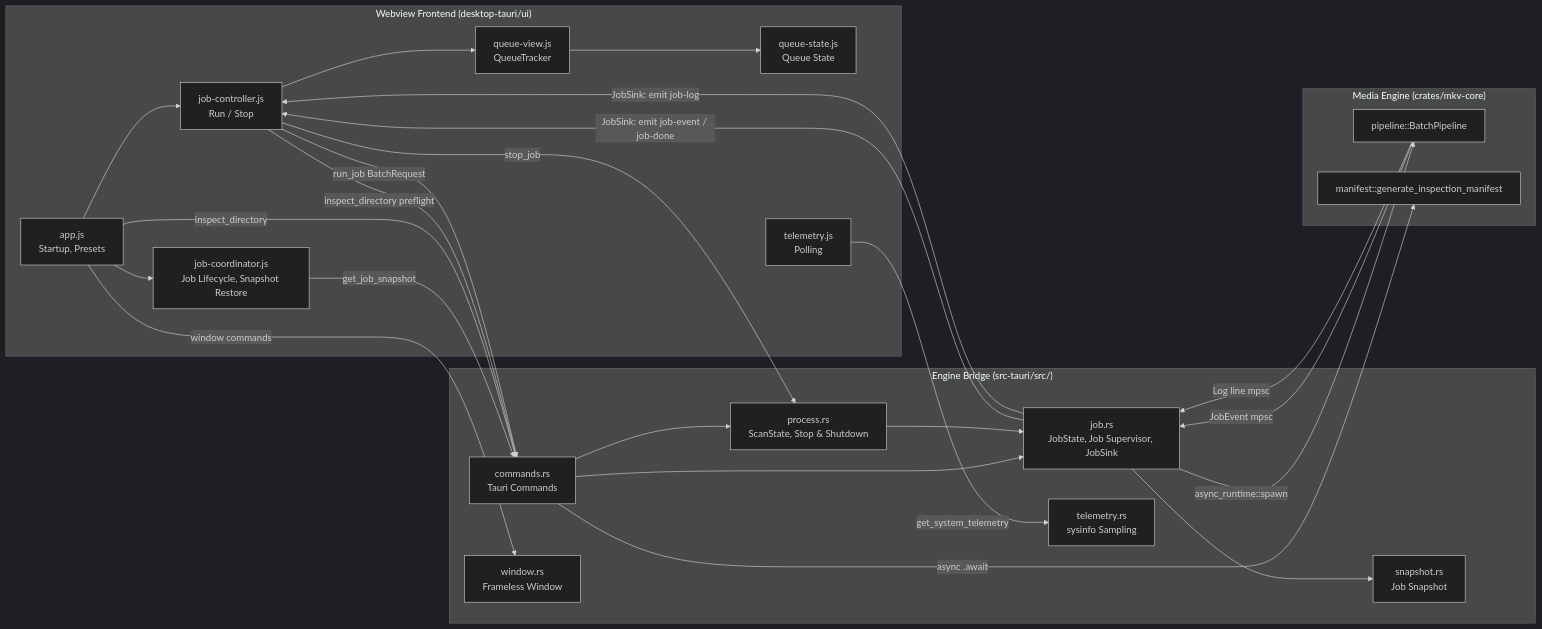
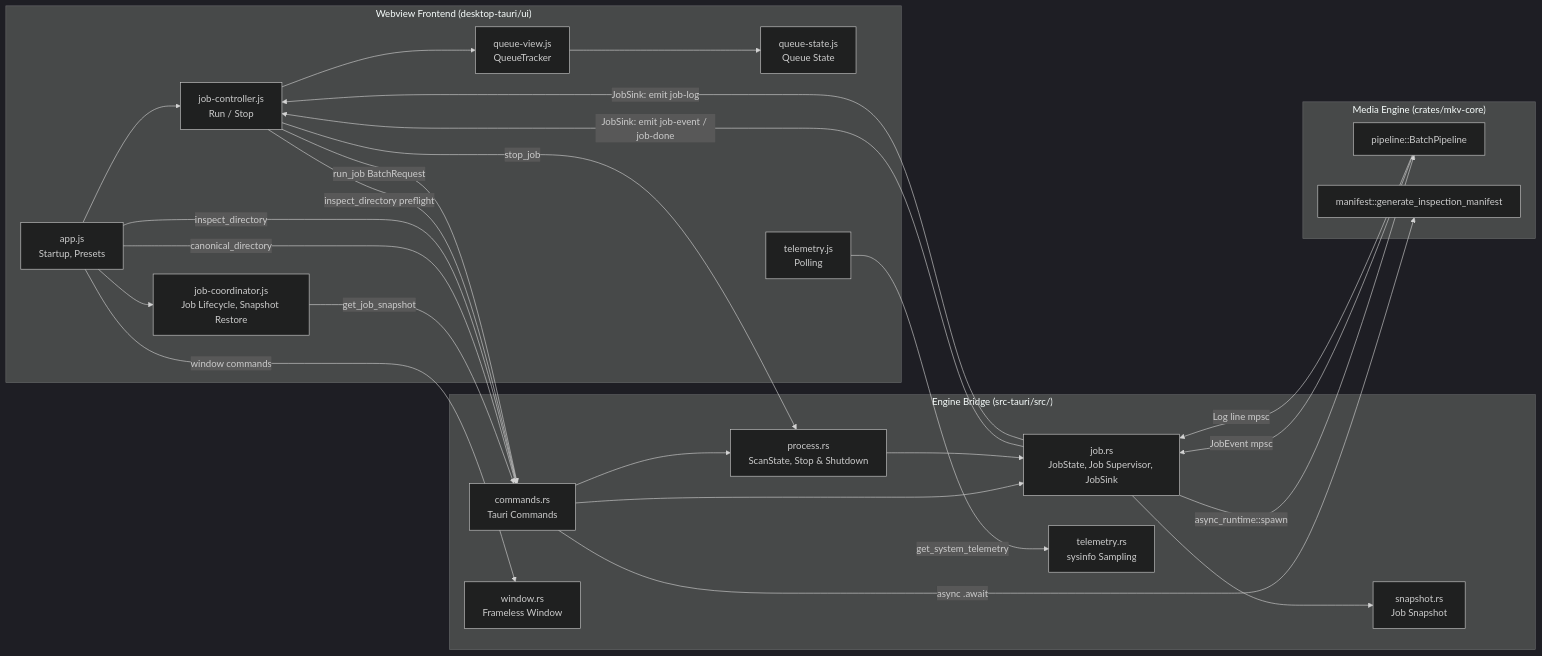
Before and after one commit to Si-Forces/mkvanimebatch: the sixth of 8 diagrams in architecture.md, drawn with Mermaid (dark theme). The commit also changed other lines of this file and 12 other files, not shown here.

````diff
--- a/architecture.md
+++ b/architecture.md
@@ -445,49 +445,50 @@
 ```mermaid
 flowchart LR
     subgraph Frontend["Webview Frontend (desktop-tauri/ui)"]
         UIApp["app.js\nStartup, Presets"]
         UICoord["job-coordinator.js\nJob Lifecycle, Snapshot Restore"]
         UIJob["job-controller.js\nRun / Stop"]
         UIQueue["queue-state.js\nQueue State"]
         UIView["queue-view.js\nQueueTracker"]
         UITel["telemetry.js\nPolling"]
     end
 
     subgraph RustBridge["Engine Bridge (src-tauri/src/)"]
         Cmds["commands.rs\nTauri Commands"]
         Job["job.rs\nJobState, Job Supervisor, JobSink"]
         Snap["snapshot.rs\nJob Snapshot"]
         Proc["process.rs\nScanState, Stop & Shutdown"]
         Telem["telemetry.rs\nsysinfo Sampling"]
         Win["window.rs\nFrameless Window"]
     end
 
     subgraph CoreEngine["Media Engine (crates/mkv-core)"]
         CorePipe["pipeline::BatchPipeline"]
         CoreScan["manifest::generate_inspection_manifest"]
     end
 
     UIApp --> UIJob
     UIApp --> UICoord
     UICoord -->|get_job_snapshot| Cmds
+    UIApp -->|canonical_directory| Cmds
     UIApp -->|inspect_directory| Cmds
     UIJob -->|inspect_directory preflight| Cmds
     UIJob -->|run_job BatchRequest| Cmds
     UIJob -->|stop_job| Proc
     UITel -->|get_system_telemetry| Telem
     UIApp -->|window commands| Win
 
     Cmds --> Proc
     Cmds --> Job
     Proc --> Job
     Job --> Snap
     Cmds -->|async .await| CoreScan
     Job -->|async_runtime::spawn| CorePipe
 
     CorePipe -->|JobEvent mpsc| Job
     CorePipe -->|Log line mpsc| Job
     Job -->|JobSink: emit job-event / job-done| UIJob
     Job -->|JobSink: emit job-log| UIJob
     UIJob --> UIView
     UIView --> UIQueue
 ```
````
